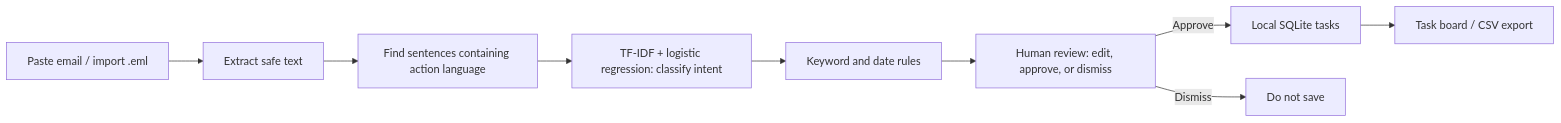
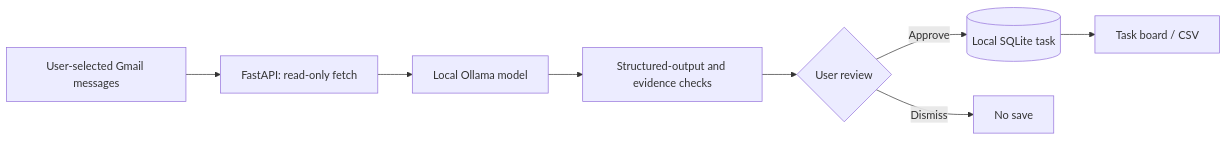
Before and after one commit to charithreddy9/ActionInbox: the diagram in README.md, drawn with Mermaid. The commit also changed other lines of this file, not shown here.

Commit message:
docs: explain v5 local LLM workflow, evaluation boundaries and setup

````diff
--- a/README.md
+++ b/README.md
@@ -33,11 +34,10 @@
 ```mermaid
 flowchart LR
-    A[Paste email / import .eml] --> B[Extract safe text]
-    B --> C[Find sentences containing action language]
-    C --> D[TF-IDF + logistic regression: classify intent]
-    D --> E[Keyword and date rules]
-    E --> F[Human review: edit, approve, or dismiss]
-    F -->|Approve| G[Local SQLite tasks]
-    F -->|Dismiss| H[Do not save]
-    G --> I[Task board / CSV export]
+    G[User-selected Gmail messages] --> F[FastAPI: read-only fetch]
+    F --> L[Local Ollama model]
+    L --> V[Structured-output and evidence checks]
+    V --> R{User review}
+    R -->|Approve| S[(Local SQLite task)]
+    R -->|Dismiss| X[No save]
+    S --> B[Task board / CSV]
 ```
````
